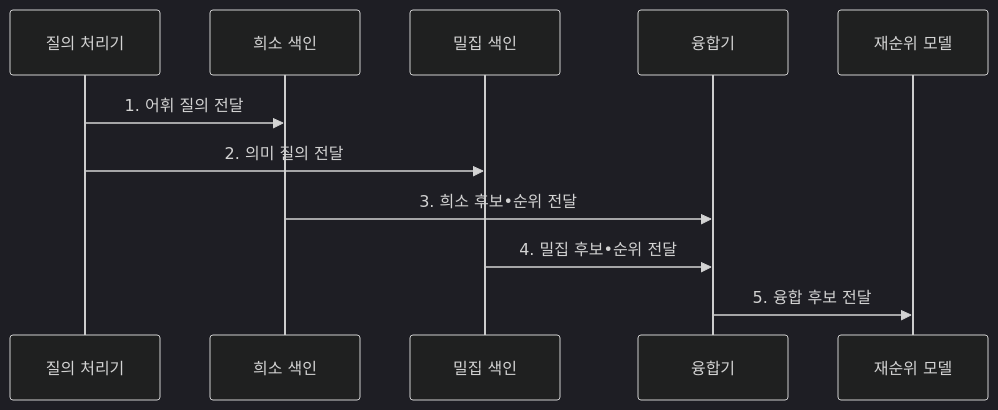
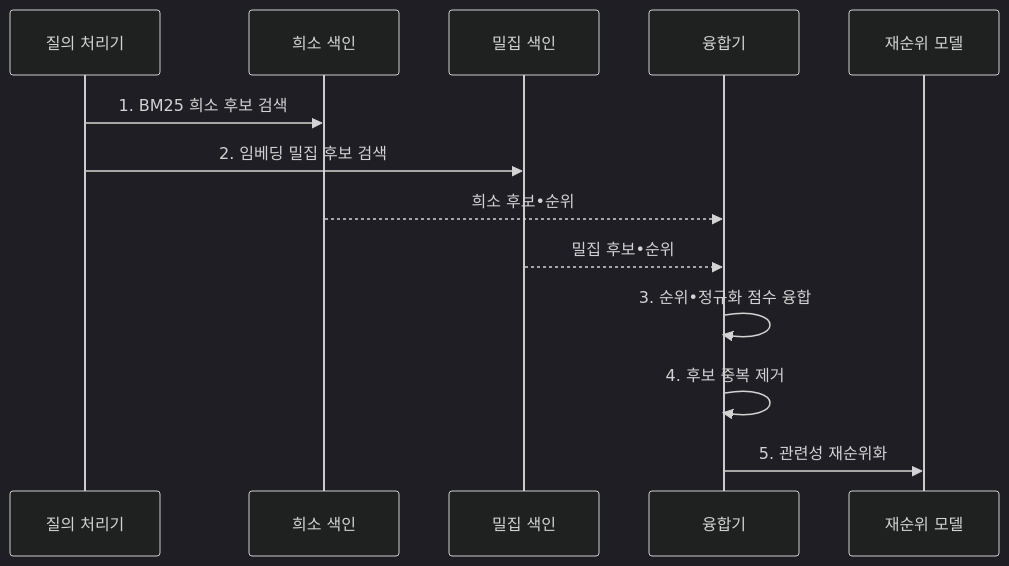
Before and after one commit to agnusdei1207/knowledge-base: the second of 2 diagrams in src/content/docs/notes/08-latest-tech/073_hybrid_search.md, drawn with Mermaid (dark theme). The commit also changed other lines of this file and 17 other files, not shown here.

````diff
--- a/src/content/docs/notes/08-latest-tech/073_hybrid_search.md
+++ b/src/content/docs/notes/08-latest-tech/073_hybrid_search.md
@@ -110,13 +110,15 @@
 ```mermaid
 sequenceDiagram
   participant Q as 질의 처리기
   participant S as 희소 색인
   participant D as 밀집 색인
   participant F as 융합기
   participant R as 재순위 모델
-  Q->>S: 1. 어휘 질의 전달
-  Q->>D: 2. 의미 질의 전달
-  S->>F: 3. 희소 후보•순위 전달
-  D->>F: 4. 밀집 후보•순위 전달
-  F->>R: 5. 융합 후보 전달
+  Q->>S: 1. BM25 희소 후보 검색
+  Q->>D: 2. 임베딩 밀집 후보 검색
+  S-->>F: 희소 후보•순위
+  D-->>F: 밀집 후보•순위
+  F->>F: 3. 순위•정규화 점수 융합
+  F->>F: 4. 후보 중복 제거
+  F->>R: 5. 관련성 재순위화
 ```
````
